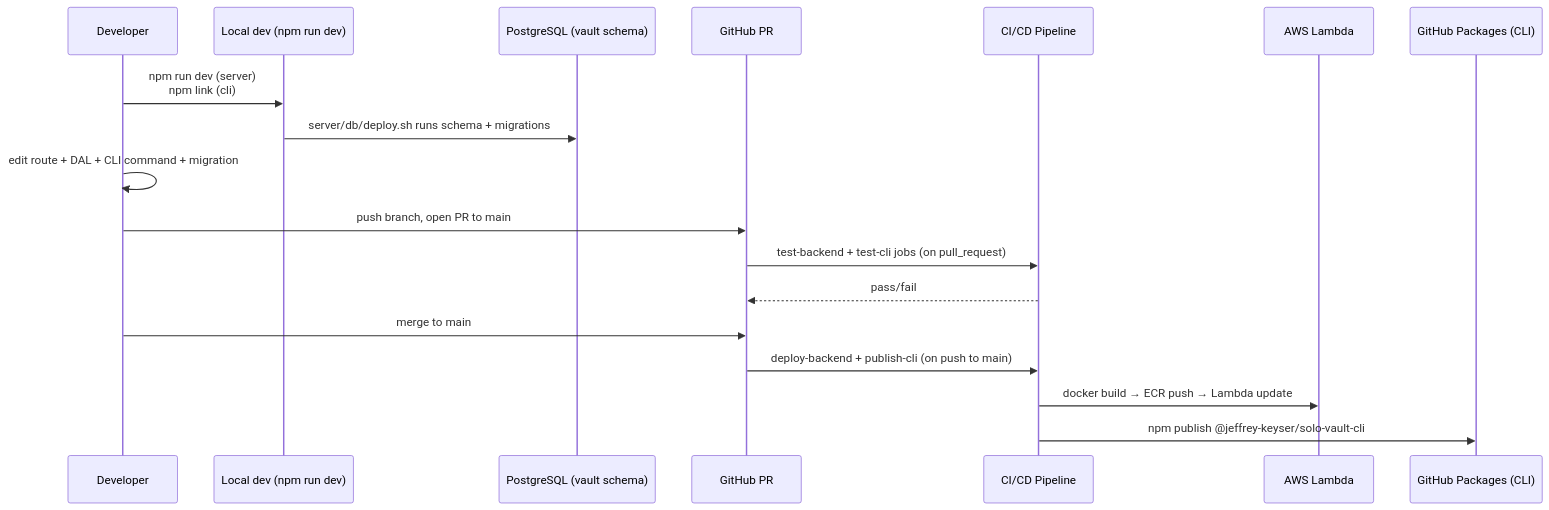
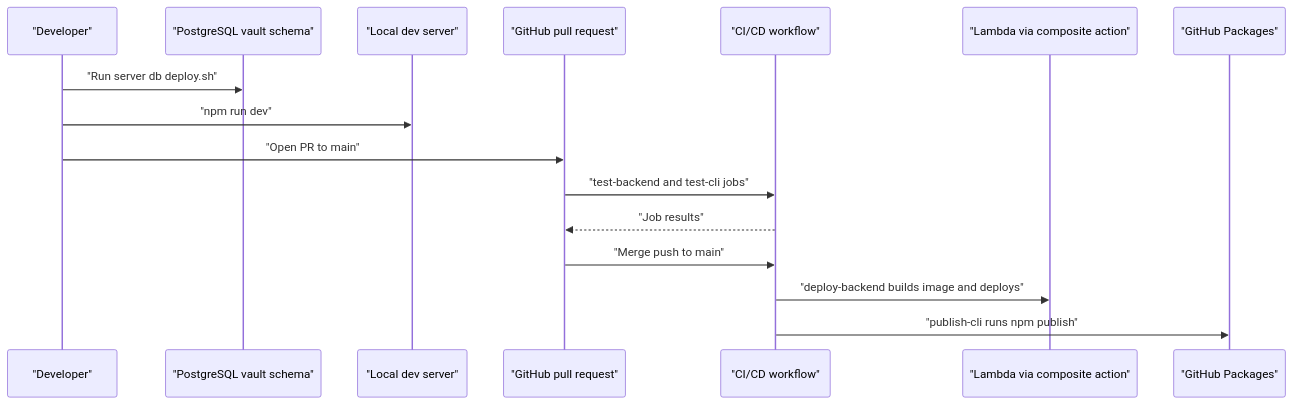
The diagram in content/repos/Jeffrey-Keyser-solo-vault/Iteration-Loop.md (Jeffrey-Keyser/project-wiki), drawn with Mermaid before and after one commit. The commit also changed other lines of this file and 150 other files, not shown here.

````diff
--- a/content/repos/Jeffrey-Keyser-solo-vault/Iteration-Loop.md
+++ b/content/repos/Jeffrey-Keyser-solo-vault/Iteration-Loop.md
@@ -10,21 +10,18 @@
 ```mermaid
 sequenceDiagram
-  participant Dev as Developer
-  participant Local as Local dev (npm run dev)
-  participant DB as PostgreSQL (vault schema)
-  participant PR as GitHub PR
-  participant CI as CI/CD Pipeline
-  participant Lambda as AWS Lambda
-  participant GHP as GitHub Packages (CLI)
-
-  Dev->>Local: npm run dev (server)<br/>npm link (cli)
-  Local->>DB: server/db/deploy.sh runs schema + migrations
-  Dev->>Dev: edit route + DAL + CLI command + migration
-  Dev->>PR: push branch, open PR to main
-  PR->>CI: test-backend + test-cli jobs (on pull_request)
-  CI-->>PR: pass/fail
-  Dev->>PR: merge to main
-  PR->>CI: deploy-backend + publish-cli (on push to main)
-  CI->>Lambda: docker build → ECR push → Lambda update
-  CI->>GHP: npm publish @jeffrey-keyser/solo-vault-cli
+  participant Dev as "Developer"
+  participant DB as "PostgreSQL vault schema"
+  participant Local as "Local dev server"
+  participant PR as "GitHub pull request"
+  participant CI as "CI/CD workflow"
+  participant Lambda as "Lambda via composite action"
+  participant GHP as "GitHub Packages"
+  Dev->>DB: "Run server db deploy.sh"
+  Dev->>Local: "npm run dev"
+  Dev->>PR: "Open PR to main"
+  PR->>CI: "test-backend and test-cli jobs"
+  CI-->>PR: "Job results"
+  PR->>CI: "Merge push to main"
+  CI->>Lambda: "deploy-backend builds image and deploys"
+  CI->>GHP: "publish-cli runs npm publish"
 ```
````
